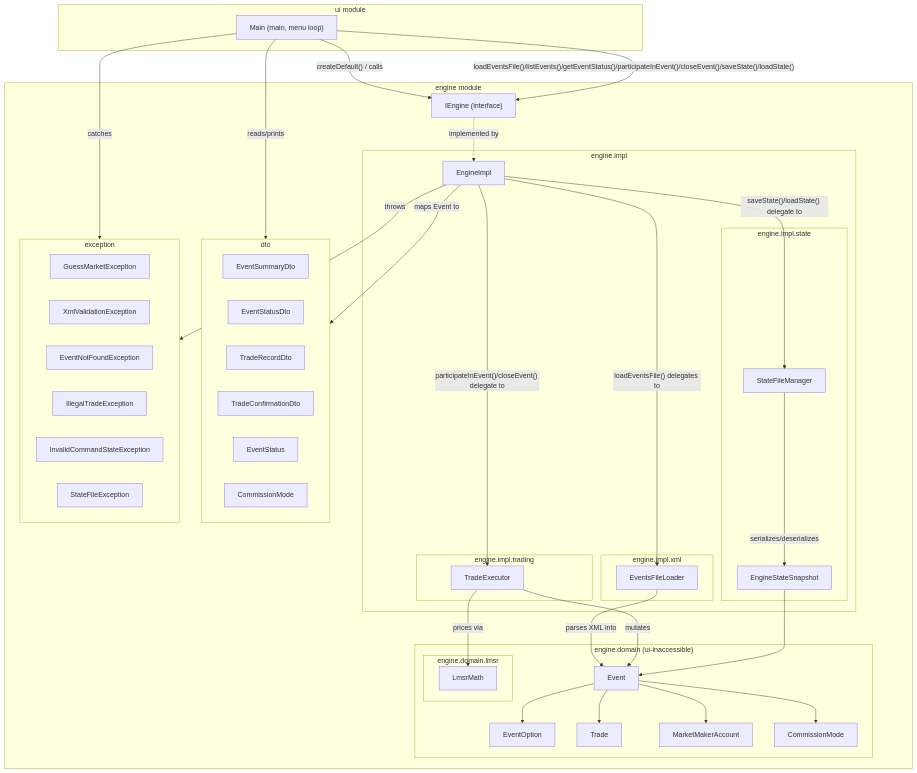
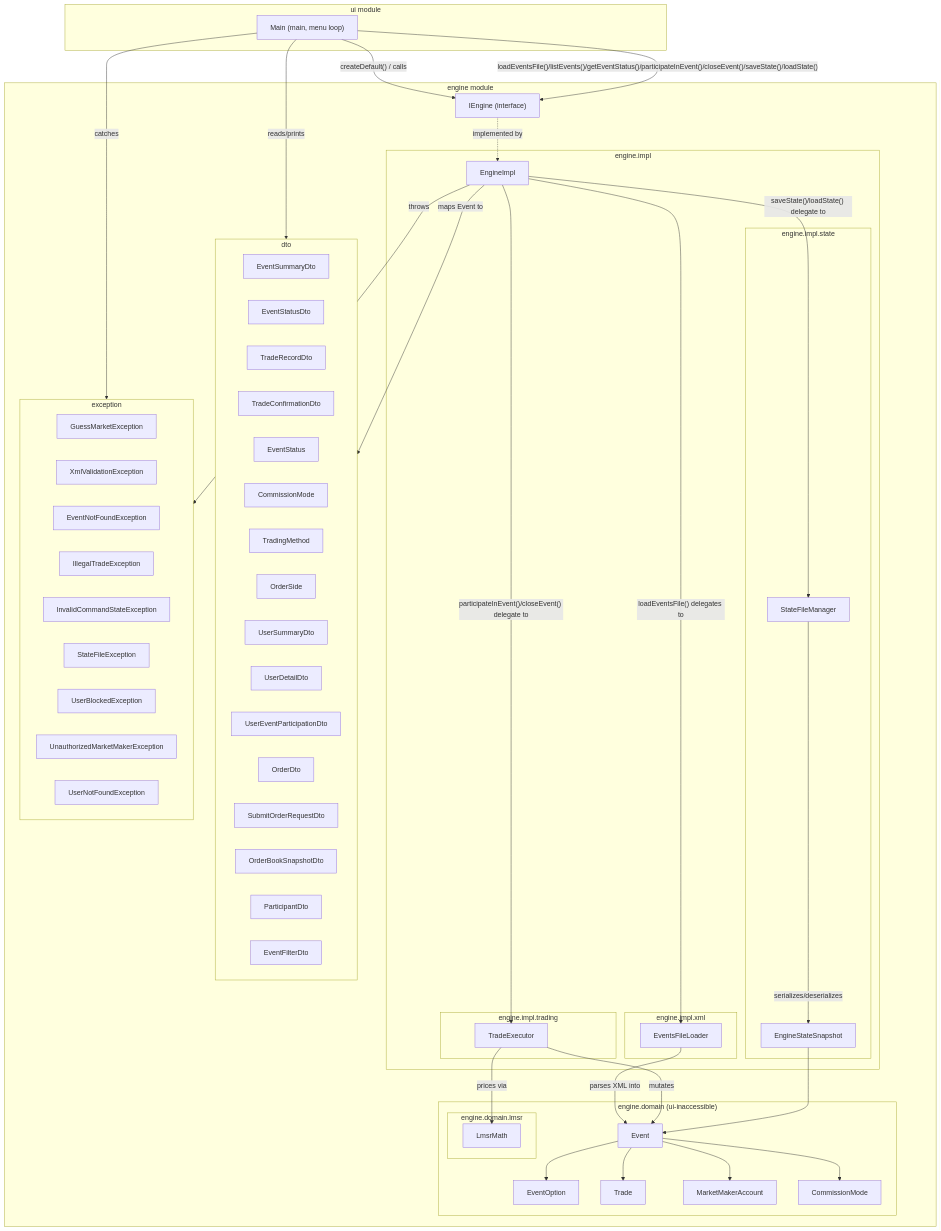
The diagram in ARCHITECTURE.md (paz-levi/GuessMarket), drawn with Mermaid before and after one commit. The commit also changed other lines of this file and 18 other files, not shown here.

Commit message:
Add Ex2 skeleton: 10 new dto types, 3 new exception types, extend IEngine (5 files modified)

```diff
--- a/ARCHITECTURE.md
+++ b/ARCHITECTURE.md
@@ -44,6 +44,16 @@
             TradeConfirmationDto["TradeConfirmationDto"]
             EventStatus["EventStatus"]
             DtoCommissionMode["CommissionMode"]
+            TradingMethod["TradingMethod"]
+            OrderSide["OrderSide"]
+            UserSummaryDto["UserSummaryDto"]
+            UserDetailDto["UserDetailDto"]
+            UserEventParticipationDto["UserEventParticipationDto"]
+            OrderDto["OrderDto"]
+            SubmitOrderRequestDto["SubmitOrderRequestDto"]
+            OrderBookSnapshotDto["OrderBookSnapshotDto"]
+            ParticipantDto["ParticipantDto"]
+            EventFilterDto["EventFilterDto"]
         end
 
         subgraph EXC["exception"]
@@ -53,6 +63,9 @@
             IllegalTradeException["IllegalTradeException"]
             InvalidCommandStateException["InvalidCommandStateException"]
             StateFileException["StateFileException"]
+            UserBlockedException["UserBlockedException"]
+            UnauthorizedMarketMakerException["UnauthorizedMarketMakerException"]
+            UserNotFoundException["UserNotFoundException"]
         end
     end
 
```
